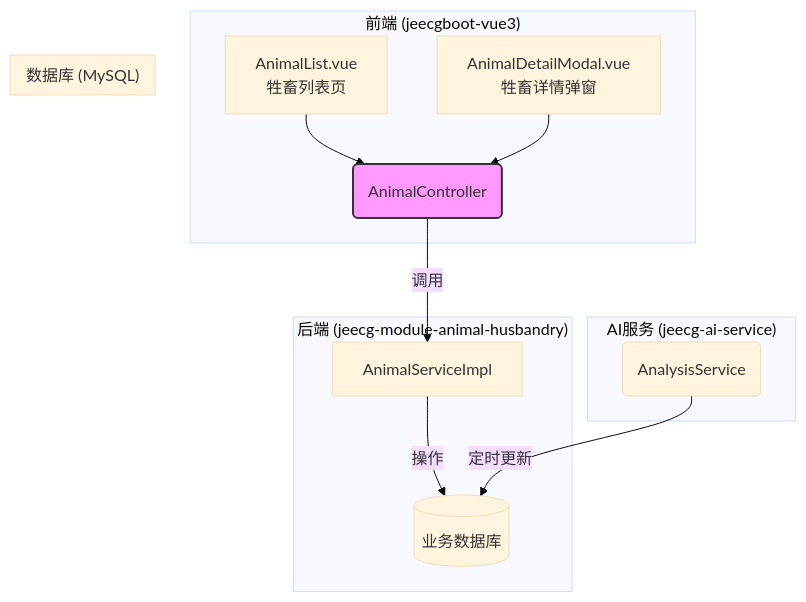
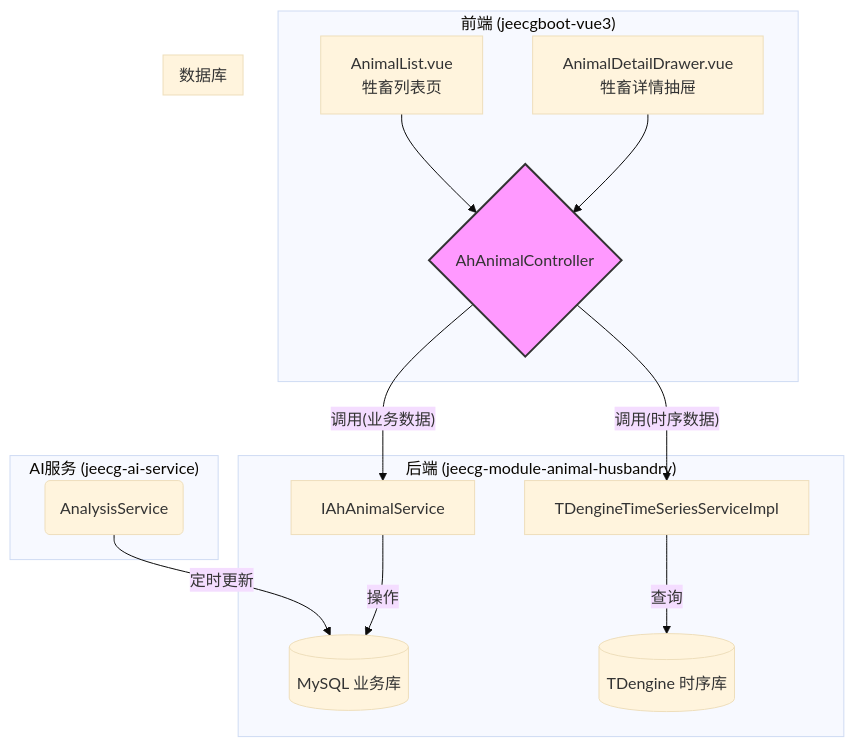
Before and after one commit to lucaswindfloor/AIJB: the first of 4 diagrams in 智能畜牧平台/牲畜档案管理系统设计文档.md, drawn with Mermaid (base theme). The commit also changed other lines of this file and 17 other files, not shown here.

````diff
--- a/智能畜牧平台/牲畜档案管理系统设计文档.md
+++ b/智能畜牧平台/牲畜档案管理系统设计文档.md
@@ -27,22 +27,25 @@
 ```mermaid
 graph TD
     subgraph "前端 (jeecgboot-vue3)"
-        A[AnimalList.vue<br>牲畜列表页] --> B{AnimalController};
-        C[AnimalDetailModal.vue<br>牲畜详情弹窗] --> B;
+        A[AnimalList.vue<br>牲畜列表页] --> B{AhAnimalController};
+        C[AnimalDetailDrawer.vue<br>牲畜详情抽屉] --> B;
     end
 
     subgraph "后端 (jeecg-module-animal-husbandry)"
-        B(AnimalController) -- 调用 --> D[AnimalServiceImpl];
-        D -- 操作 --> E[ah_animal / ah_animal_device_link 等];
+        B -- "调用(业务数据)" --> D[IAhAnimalService];
+        B -- "调用(时序数据)" --> G[TDengineTimeSeriesServiceImpl];
+        D -- "操作" --> E[ah_animal 等];
+        G -- "查询" --> H[TDengine];
     end
 
     subgraph "AI服务 (jeecg-ai-service)"
        F(AnalysisService) -- "定时更新" --> E;
     end
     
-    subgraph "数据库 (MySQL)"
-        E[(业务数据库)]
+    subgraph "数据库"
+        E[(MySQL 业务库)]
+        H[(TDengine 时序库)]
     end
 
     style B fill:#f9f,stroke:#333,stroke-width:2px
 ```
````
